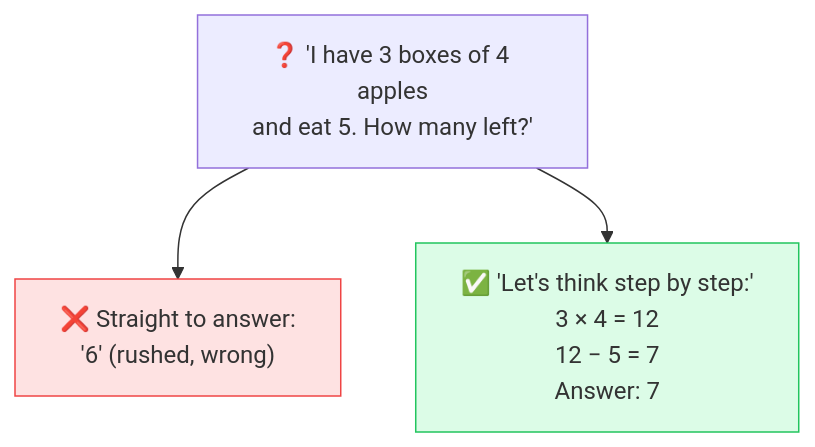
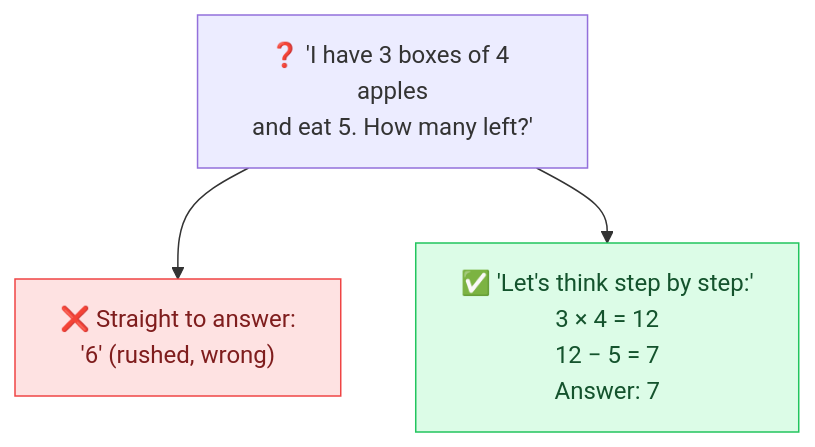
The diagram in techniques/chain-of-thought.md (behnia137/prompt-engineering-visual), drawn with Mermaid before and after one commit. The commit also changed 24 other files, not shown here.

First line of the commit message:
Fix Mermaid: escaped-quote parse errors + dark-mode text contrast

````diff
--- a/techniques/chain-of-thought.md
+++ b/techniques/chain-of-thought.md
@@ -7,8 +7,8 @@
 ```mermaid
 flowchart TB
     Q["❓ 'I have 3 boxes of 4 apples<br/>and eat 5. How many left?'"]
     Q --> X["❌ Straight to answer:<br/>'6' (rushed, wrong)"]
     Q --> C["✅ 'Let's think step by step:'<br/>3 × 4 = 12<br/>12 − 5 = 7<br/>Answer: 7"]
-    style X fill:#fee2e2,stroke:#ef4444
-    style C fill:#dcfce7,stroke:#22c55e
+    style X fill:#fee2e2,stroke:#ef4444,color:#7f1d1d
+    style C fill:#dcfce7,stroke:#22c55e,color:#14532d
 ```
````
